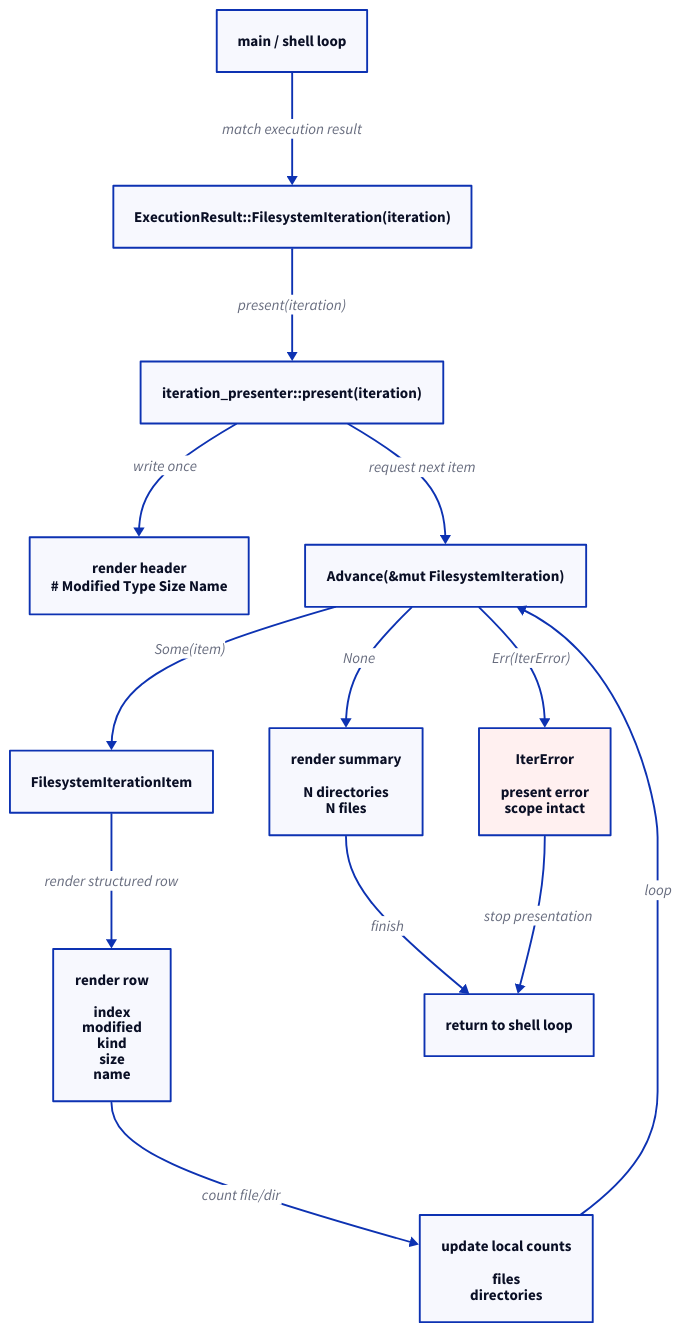
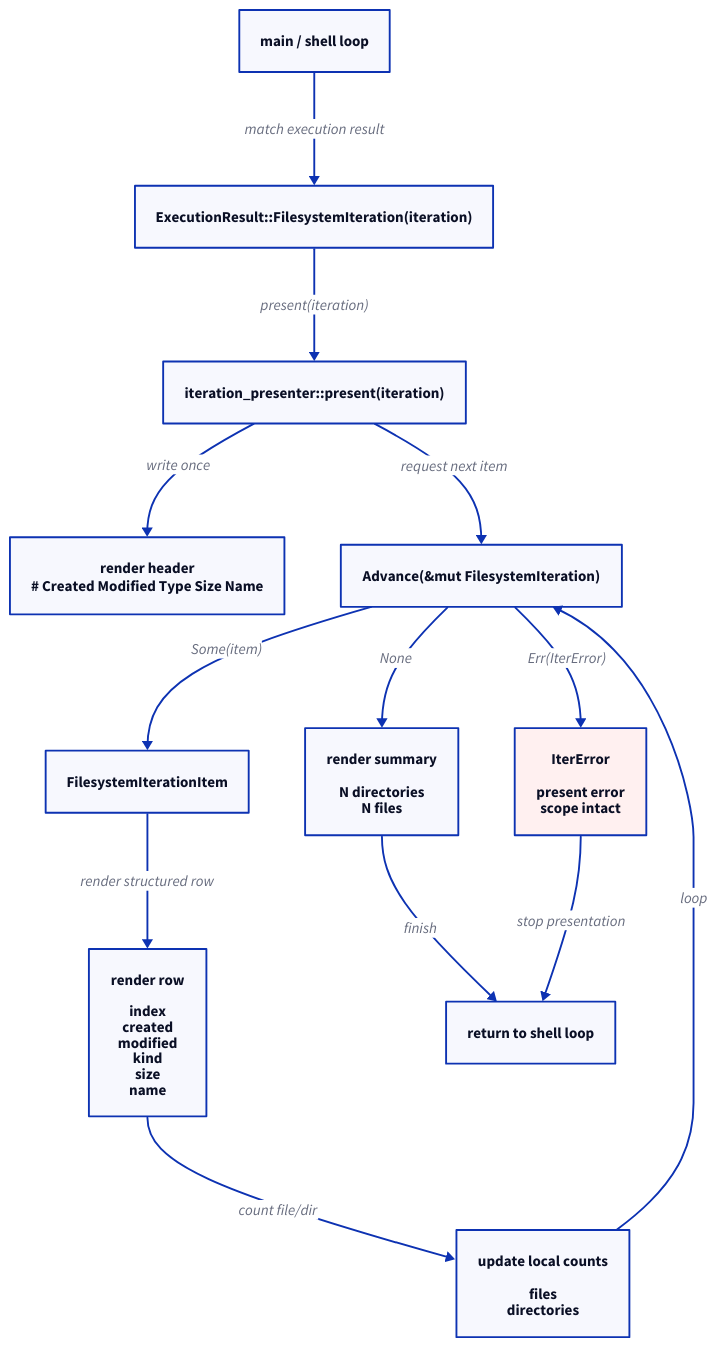
One commit to niqel/evolution changed the diagram in evo-shell/technical_documentation/use_cases/UC-004-present-structured-filesystem-iteration/sequence.d2. Above: the diagram before and after it, drawn with D2. The commit also changed 23 other files, not shown here.

```diff
--- a/evo-shell/technical_documentation/use_cases/UC-004-present-structured-filesystem-iteration/sequence.d2
+++ b/evo-shell/technical_documentation/use_cases/UC-004-present-structured-filesystem-iteration/sequence.d2
@@ -1,59 +1,59 @@
 direction: down
 
 shell_loop: "main / shell loop" {
   shape: rectangle
 }
 
 execution_result: "ExecutionResult::FilesystemIteration(iteration)" {
   shape: rectangle
 }
 
 presenter: "iteration_presenter::present(iteration)" {
   shape: rectangle
 }
 
-header: "render header\n# Modified Type Size Name" {
+header: "render header\n# Created Modified Type Size Name" {
   shape: rectangle
 }
 
 advance: "Advance(&mut FilesystemIteration)" {
   shape: rectangle
 }
 
 item: "FilesystemIterationItem" {
   shape: rectangle
 }
 
-row: "render row\n\nindex\nmodified\nkind\nsize\nname" {
+row: "render row\n\nindex\ncreated\nmodified\nkind\nsize\nname" {
   shape: rectangle
 }
 
 counts: "update local counts\n\nfiles\ndirectories" {
   shape: rectangle
 }
 
 summary: "render summary\n\nN directories\nN files" {
   shape: rectangle
 }
 
 done: "return to shell loop" {
   shape: rectangle
 }
 
 error: "IterError\n\npresent error\nscope intact" {
   shape: rectangle
   style.fill: "#fff0f0"
 }
 
 shell_loop -> execution_result: "match execution result"
 execution_result -> presenter: "present(iteration)"
 presenter -> header: "write once"
 presenter -> advance: "request next item"
 advance -> item: "Some(item)"
 item -> row: "render structured row"
 row -> counts: "count file/dir"
 counts -> advance: "loop"
 advance -> summary: "None"
 summary -> done: "finish"
 advance -> error: "Err(IterError)"
 error -> done: "stop presentation"
```
